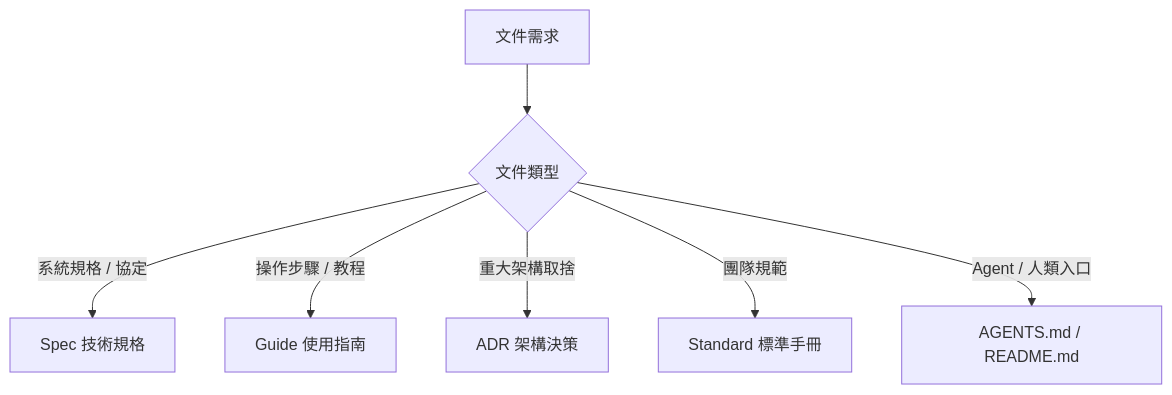
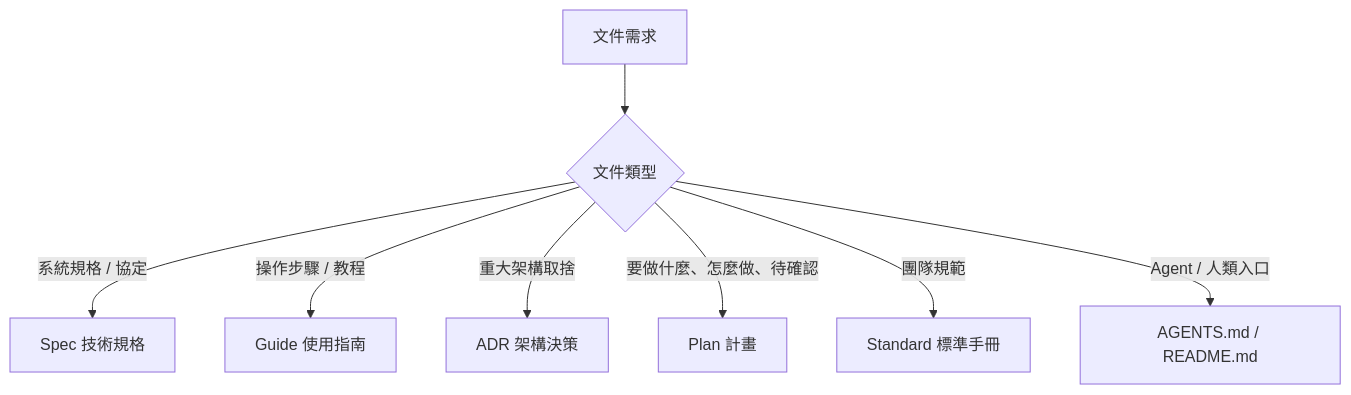
One commit to VECTOR-COOL/my-agent-toolkit changed the diagram in my-plugins/my-workflow/skills/my-docs/SKILL.md. Above: the diagram before and after it, drawn with Mermaid. The commit also changed other lines of this file and 4 other files, not shown here.

First line of the commit message:
docs(my-docs): govern docs/ layout, add Plan type, remove mermaid-charts

````diff
--- a/my-plugins/my-workflow/skills/my-docs/SKILL.md
+++ b/my-plugins/my-workflow/skills/my-docs/SKILL.md
@@ -10,9 +10,10 @@
 ```mermaid
 graph TD
   A[文件需求] --> B{文件類型}
   B -->|系統規格 / 協定| C[Spec 技術規格]
   B -->|操作步驟 / 教程| D[Guide 使用指南]
   B -->|重大架構取捨| E[ADR 架構決策]
+  B -->|要做什麼、怎麼做、待確認| P[Plan 計畫]
   B -->|團隊規範| F[Standard 標準手冊]
   B -->|Agent / 人類入口| G[AGENTS.md / README.md]
 ```
````
